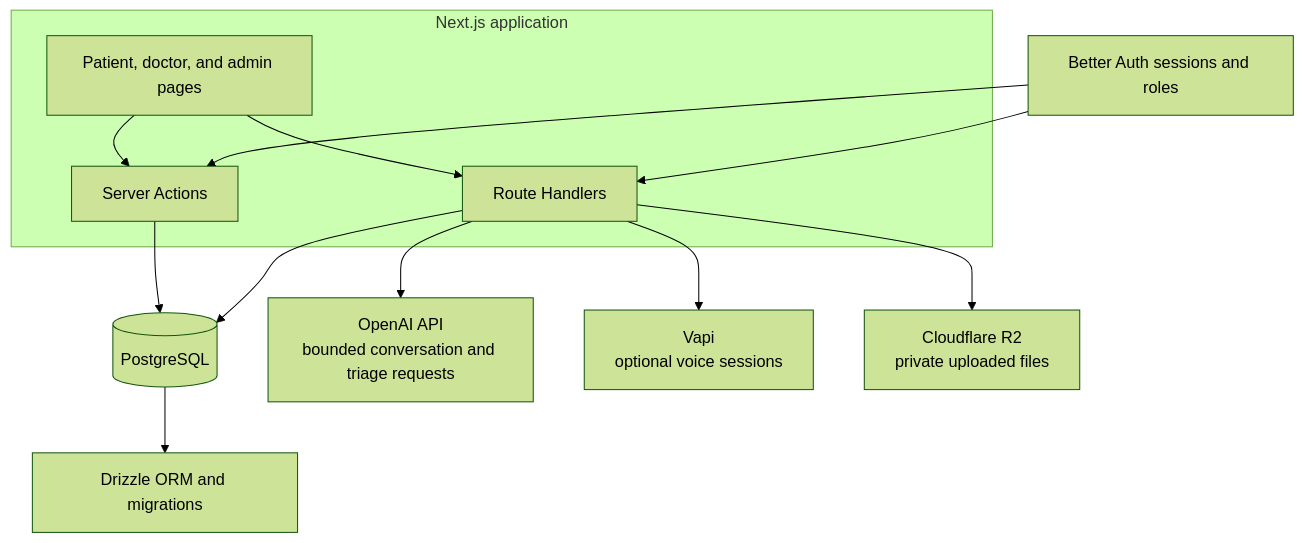
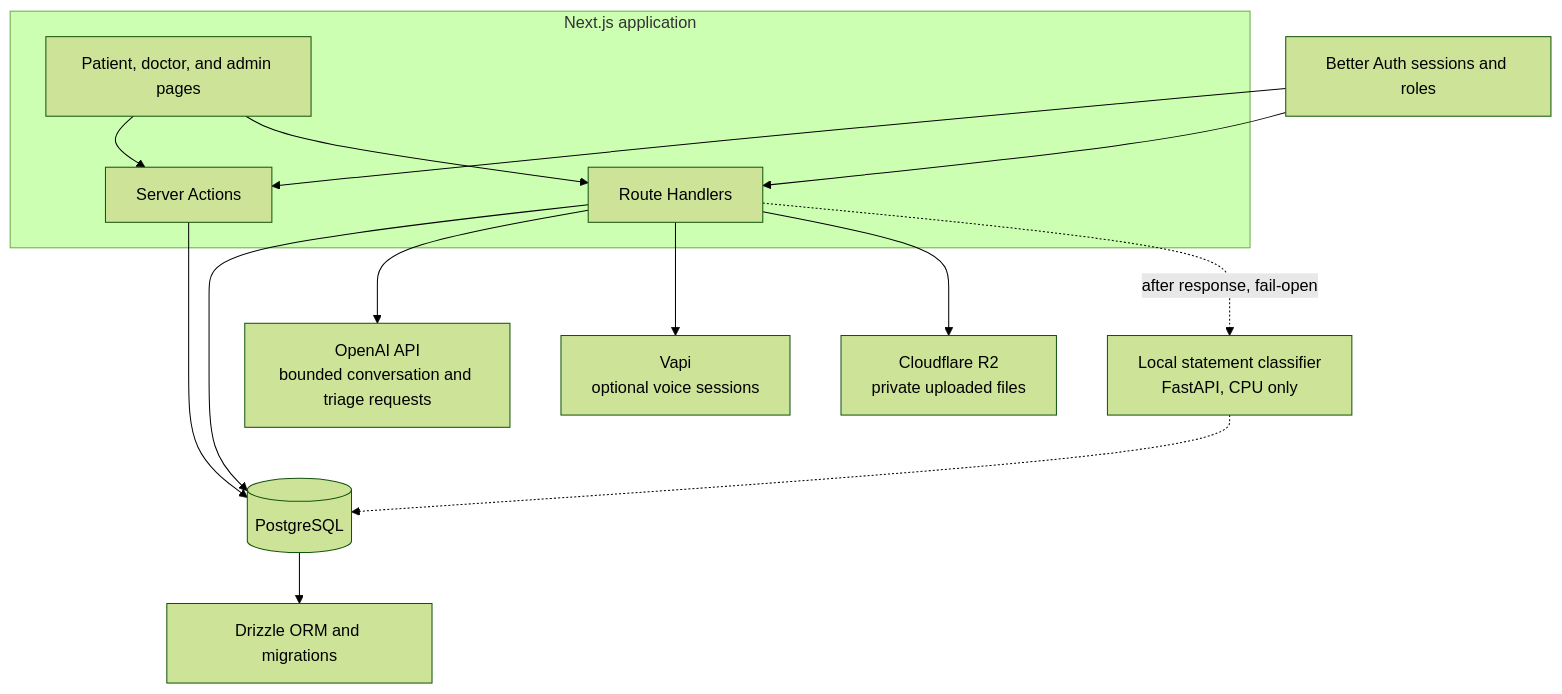
Before and after one commit to Barmanji/healthBridge: the second of 3 diagrams in README.md, drawn with Mermaid (forest theme). The commit also changed other lines of this file and 10 other files, not shown here.

First line of the commit message:
Document the statement classifier and commit final experiment artifacts

````diff
--- a/README.md
+++ b/README.md
@@ -54,19 +55,21 @@
 ```mermaid
 flowchart TB
     subgraph Web[Next.js application]
         Pages[Patient, doctor, and admin pages]
         Actions[Server Actions]
         Routes[Route Handlers]
         Pages --> Actions
         Pages --> Routes
     end
 
     Auth[Better Auth sessions and roles] --> Actions
     Auth --> Routes
     Actions --> DB[(PostgreSQL)]
     Routes --> DB
     Routes --> AI[OpenAI API<br/>bounded conversation and triage requests]
     Routes --> Voice[Vapi<br/>optional voice sessions]
     Routes --> Storage[Cloudflare R2<br/>private uploaded files]
+    Routes -.->|after response, fail-open| Classifier[Local statement classifier<br/>FastAPI, CPU only]
+    Classifier -.-> DB
     DB --> Data[Drizzle ORM and migrations]
 ```
````
